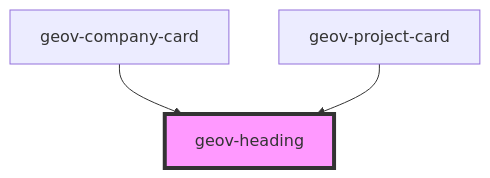
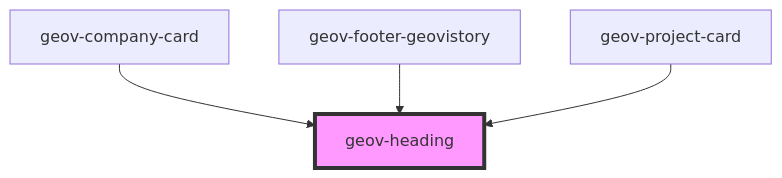
Before and after one commit to geovistory/design-system: the diagram in packages/design-system-web/src/components/basic/geov-heading/readme.md, drawn with Mermaid. The commit also changed other lines of this file and 67 other files, not shown here.

````diff
--- a/packages/design-system-web/src/components/basic/geov-heading/readme.md
+++ b/packages/design-system-web/src/components/basic/geov-heading/readme.md
@@ -23,6 +28,7 @@
 ```mermaid
 graph TD;
   geov-company-card --> geov-heading
+  geov-footer-geovistory --> geov-heading
   geov-project-card --> geov-heading
   style geov-heading fill:#f9f,stroke:#333,stroke-width:4px
 ```
````
